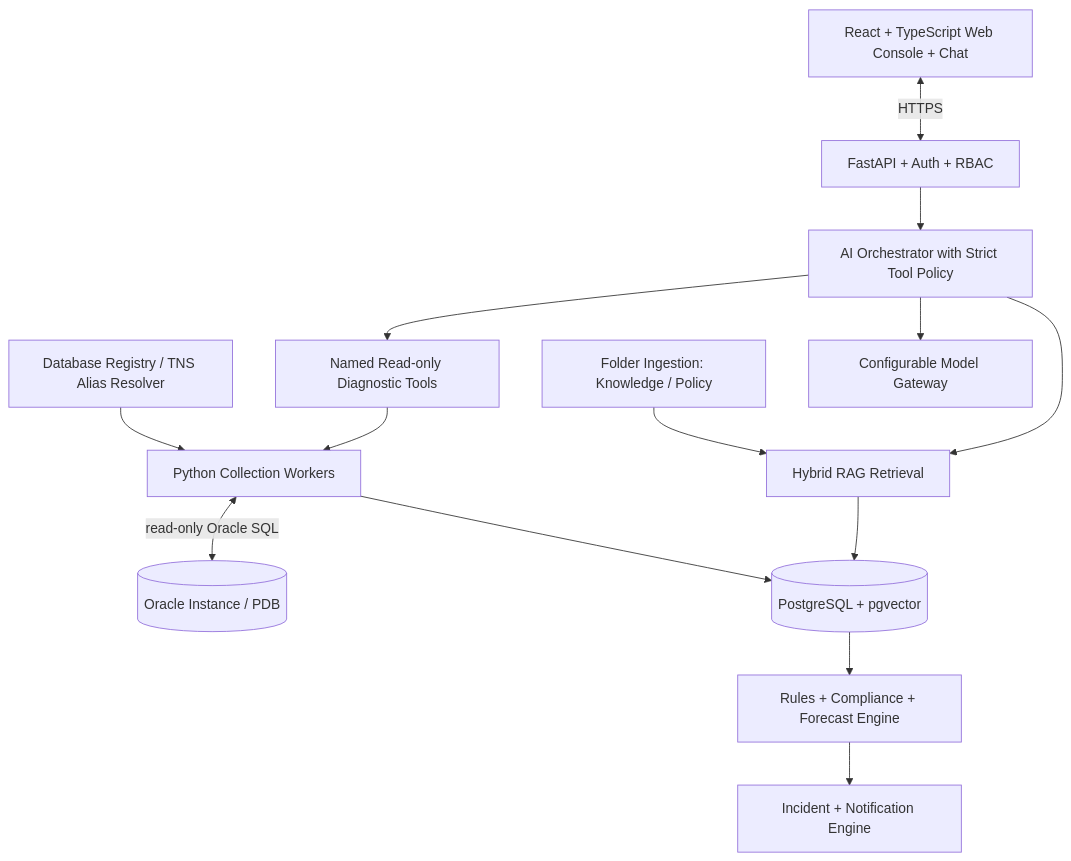
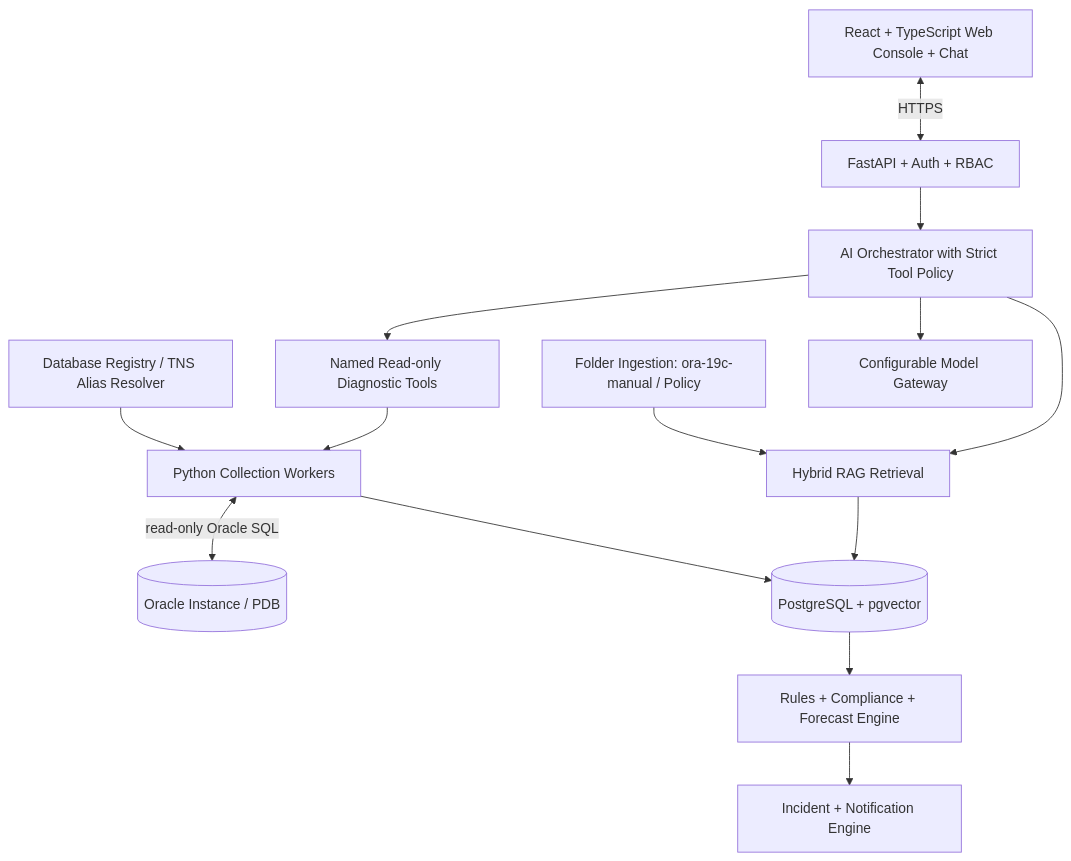
The diagram in docs/architecture.md (jyotirmoyiitg-bit/Project-OracleSentinelAI), drawn with Mermaid before and after one commit. The commit also changed other lines of this file and 121 other files, not shown here.

````diff
--- a/docs/architecture.md
+++ b/docs/architecture.md
@@ -22,27 +22,27 @@
 ```mermaid
 flowchart TB
     ORA[(Oracle Instance / PDB)]
     REG[Database Registry / TNS Alias Resolver]
     COL[Python Collection Workers]
     RULE[Rules + Compliance + Forecast Engine]
     INC[Incident + Notification Engine]
     APP[(PostgreSQL + pgvector)]
-    DOC[Folder Ingestion: Knowledge / Policy]
+    DOC[Folder Ingestion: ora-19c-manual / Policy]
     RAG[Hybrid RAG Retrieval]
     TOOLS[Named Read-only Diagnostic Tools]
     AGENT[AI Orchestrator with Strict Tool Policy]
     MODEL[Configurable Model Gateway]
     API[FastAPI + Auth + RBAC]
     UI[React + TypeScript Web Console + Chat]
 
     REG --> COL
     COL <-->|read-only Oracle SQL| ORA
     COL --> APP
     APP --> RULE --> INC
     DOC --> RAG --> APP
     UI <-->|HTTPS| API
     API --> AGENT
     AGENT --> RAG
     AGENT --> TOOLS --> COL
     AGENT --> MODEL
 ```
````
